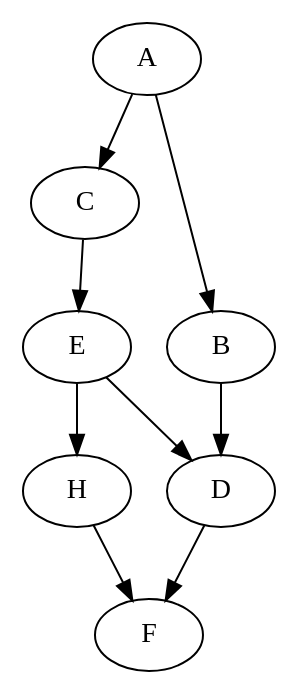
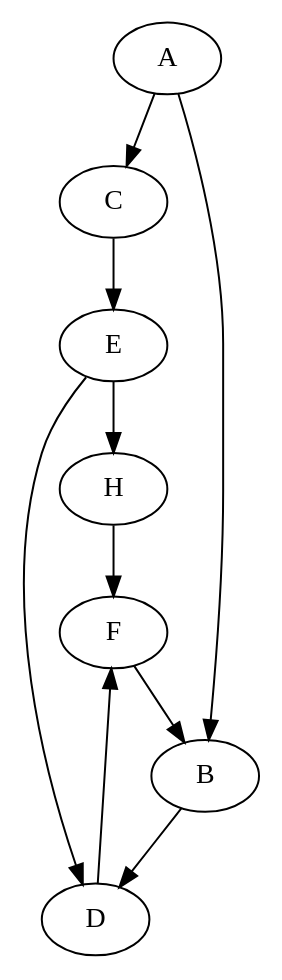
Before and after one commit to DuduO6/YOTO: the diagram in exemplo.dot, drawn with Graphviz. The commit also changed 3 other files, not shown here.

```diff
--- a/exemplo.dot
+++ b/exemplo.dot
@@ -1,16 +1,17 @@
 digraph G {
     // duas fontes
     A -> C;
     A -> B;
 
     // ramos paralelos
     C -> E;
     E -> H;
 
     B -> D;
     D -> F;
+    F -> B;
 
     // reconvergências (cruzamentos entre os ramos)
     E -> D;   // reconvergência 1
     H -> F;   // reconvergência 2
 }
```
